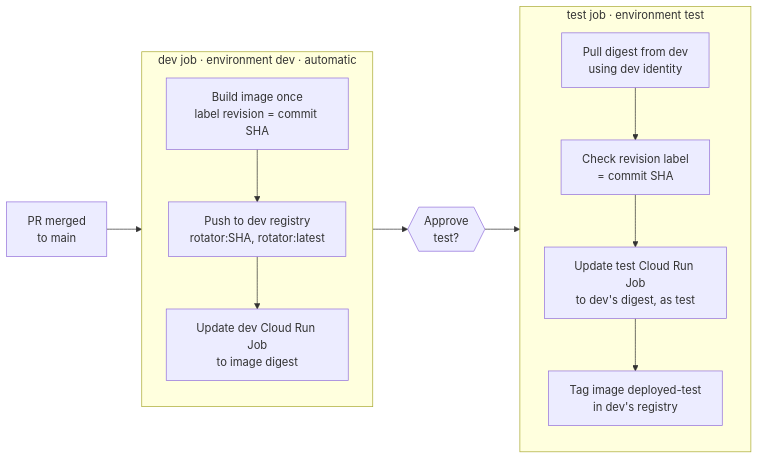
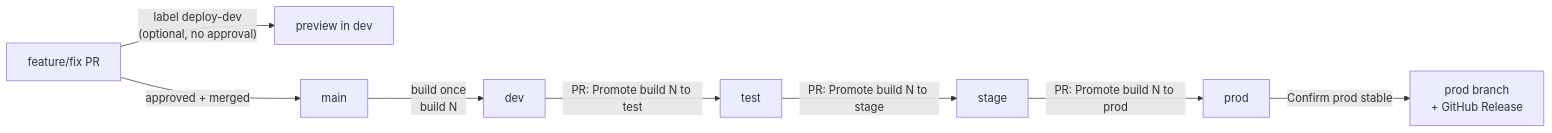
Before and after one commit to Sarank-tech/gcp-postgres-password-rotator: the diagram in CICD.md, drawn with Mermaid. The commit also changed other lines of this file and 14 other files, not shown here.

First line of the commit message:
ci: one PR per environment, PR previews in dev, prod releases

````diff
--- a/CICD.md
+++ b/CICD.md
@@ -47,18 +28,10 @@
 ```mermaid
 flowchart LR
-    PR[PR merged<br/>to main] --> DEV
-
-    subgraph DEV[dev job · environment dev · automatic]
-        B[Build image once<br/>label revision = commit SHA] --> P1[Push to dev registry<br/>rotator:SHA, rotator:latest]
-        P1 --> U1[Update dev Cloud Run Job<br/>to image digest]
-    end
-
-    DEV --> GATE{{Approve<br/>test?}}
-    GATE --> TEST
-
-    subgraph TEST[test job · environment test]
-        PULL[Pull digest from dev<br/>using dev identity] --> CHK[Check revision label<br/>= commit SHA]
-        CHK --> U2[Update test Cloud Run Job<br/>to dev's digest, as test]
-        U2 --> T2[Tag image deployed-test<br/>in dev's registry]
-    end
+    F[feature/fix PR] -- "label deploy-dev<br/>(optional, no approval)" --> PV[preview in dev]
+    F -- approved + merged --> M[main]
+    M -- "build once<br/>build N" --> DEV[dev]
+    DEV -- "PR: Promote build N to test" --> TEST[test]
+    TEST -- "PR: Promote build N to stage" --> STAGE[stage]
+    STAGE -- "PR: Promote build N to prod" --> PROD[prod]
+    PROD -- "Confirm prod stable" --> REL[prod branch<br/>+ GitHub Release]
 ```
````
